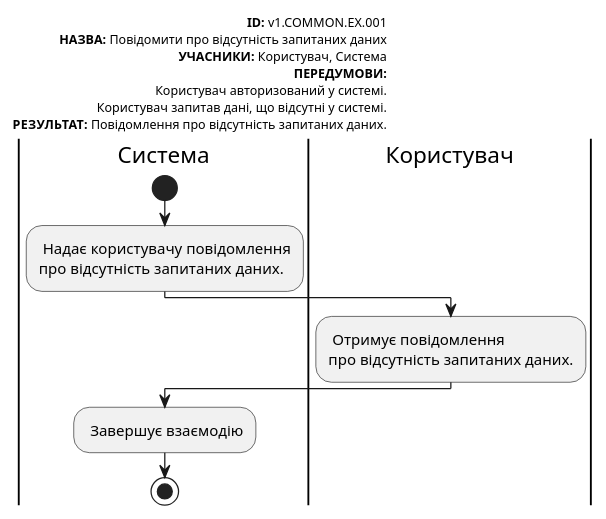
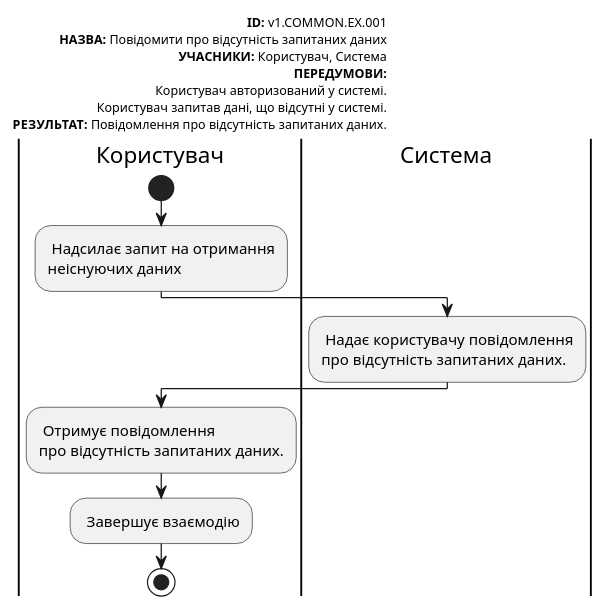
One commit to Znskiy/survey-expert changed diagram 13 of 18 in docs/use cases/README.md. Above: the diagram before and after it, drawn with PlantUML. The commit also changed other lines of this file, not shown here.

```diff
--- a/docs/use cases/README.md
+++ b/docs/use cases/README.md
@@ -809,22 +789,24 @@
 @startuml
   
     left header
          <font color=000 size=10><b>ID:</b> v1.COMMON.EX.001
          <font color=000 size=10><b>НАЗВА:</b> Повідомити про відсутність запитаних даних
          <font color=000 size=10><b>УЧАСНИКИ:</b> Користувач, Система 
          <font color=000 size=10><b>ПЕРЕДУМОВИ:</b>
          <font color=000 size=10>Користувач авторизований у системі.
          <font color=000 size=10>Користувач запитав дані, що відсутні у системі.
          <font color=000 size=10><b>РЕЗУЛЬТАТ:</b> Повідомлення про відсутність запитаних даних.
      end header
+     |Користувач|
+         start
+         : Надсилає запит на отримання
+         неіснуючих даних;             
      |Система|
-         start
          : Надає користувачу повідомлення 
          про відсутність запитаних даних.;
      |Користувач|
          : Отримує повідомлення 
          про відсутність запитаних даних.;
-     |Система|
          : Завершує взаємодію;
          stop;
 @enduml
```
